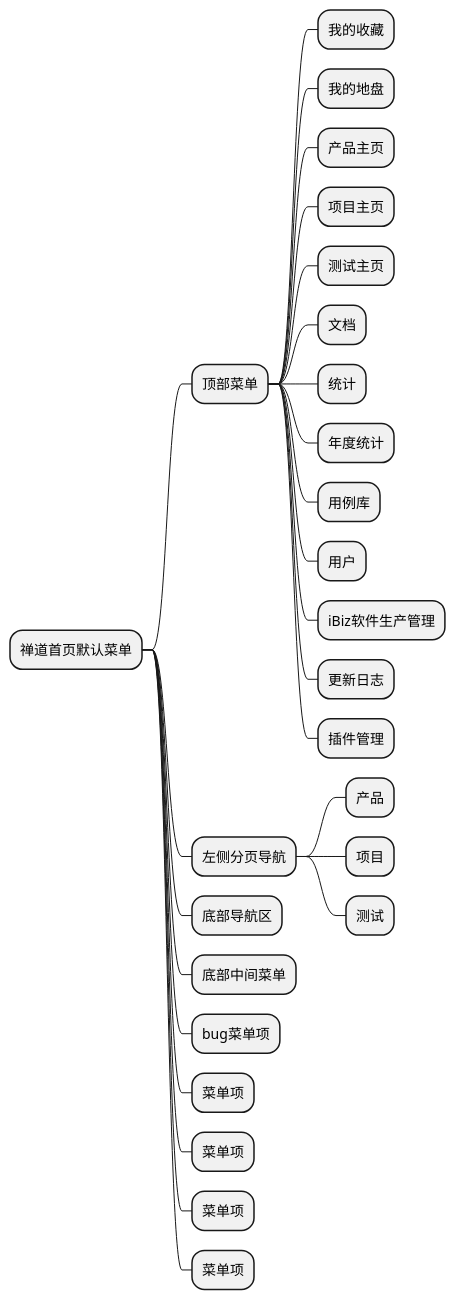
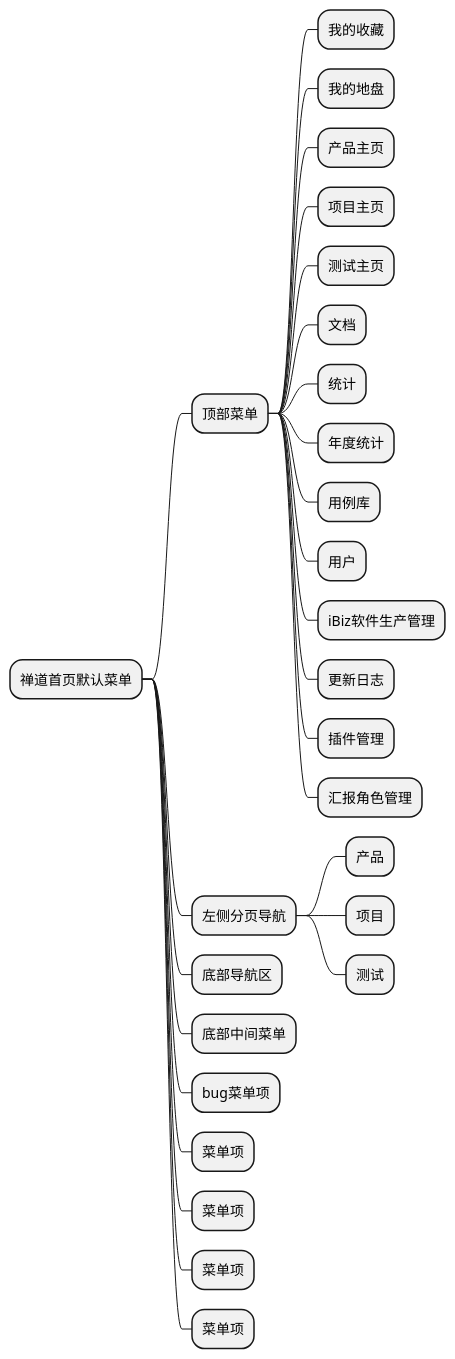
One commit to zj335841911/nt_chandao changed the diagram in ibizpms-docs/src/main/doc/v1/app/web/zentao.md. Above: the diagram before and after it, drawn with PlantUML. The commit also changed other lines of this file and 84 other files, not shown here.

```diff
--- a/ibizpms-docs/src/main/doc/v1/app/web/zentao.md
+++ b/ibizpms-docs/src/main/doc/v1/app/web/zentao.md
@@ -5,30 +5,31 @@
 {% plantuml %}
 @startmindmap
 * 禅道首页默认菜单
 ** 顶部菜单
 *** 我的收藏
 *** 我的地盘
 *** 产品主页
 *** 项目主页
 *** 测试主页
 *** 文档
 *** 统计
 *** 年度统计
 *** 用例库
 *** 用户
 *** iBiz软件生产管理
 *** 更新日志
 *** 插件管理
+*** 汇报角色管理
 ** 左侧分页导航
 *** 产品
 *** 项目
 *** 测试
 ** 底部导航区
 ** 底部中间菜单
 ** bug菜单项
 ** 菜单项
 ** 菜单项
 ** 菜单项
 ** 菜单项
 @endmindmap
 {% endplantuml %}
```
